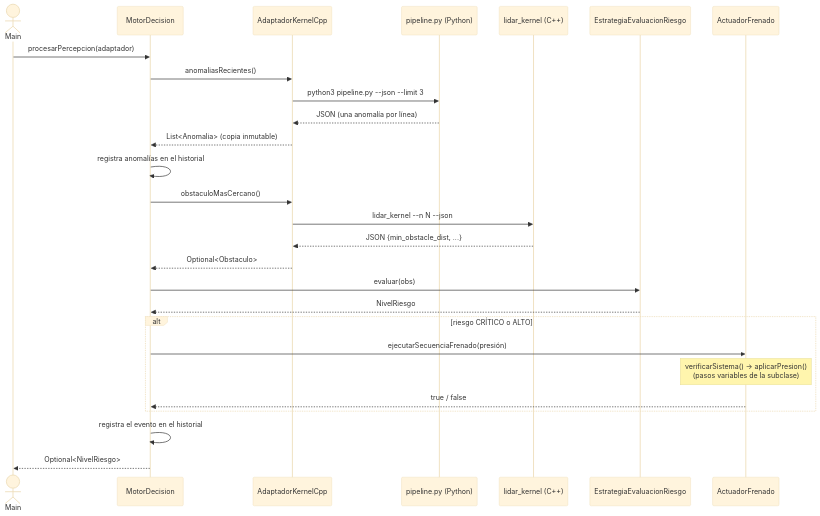
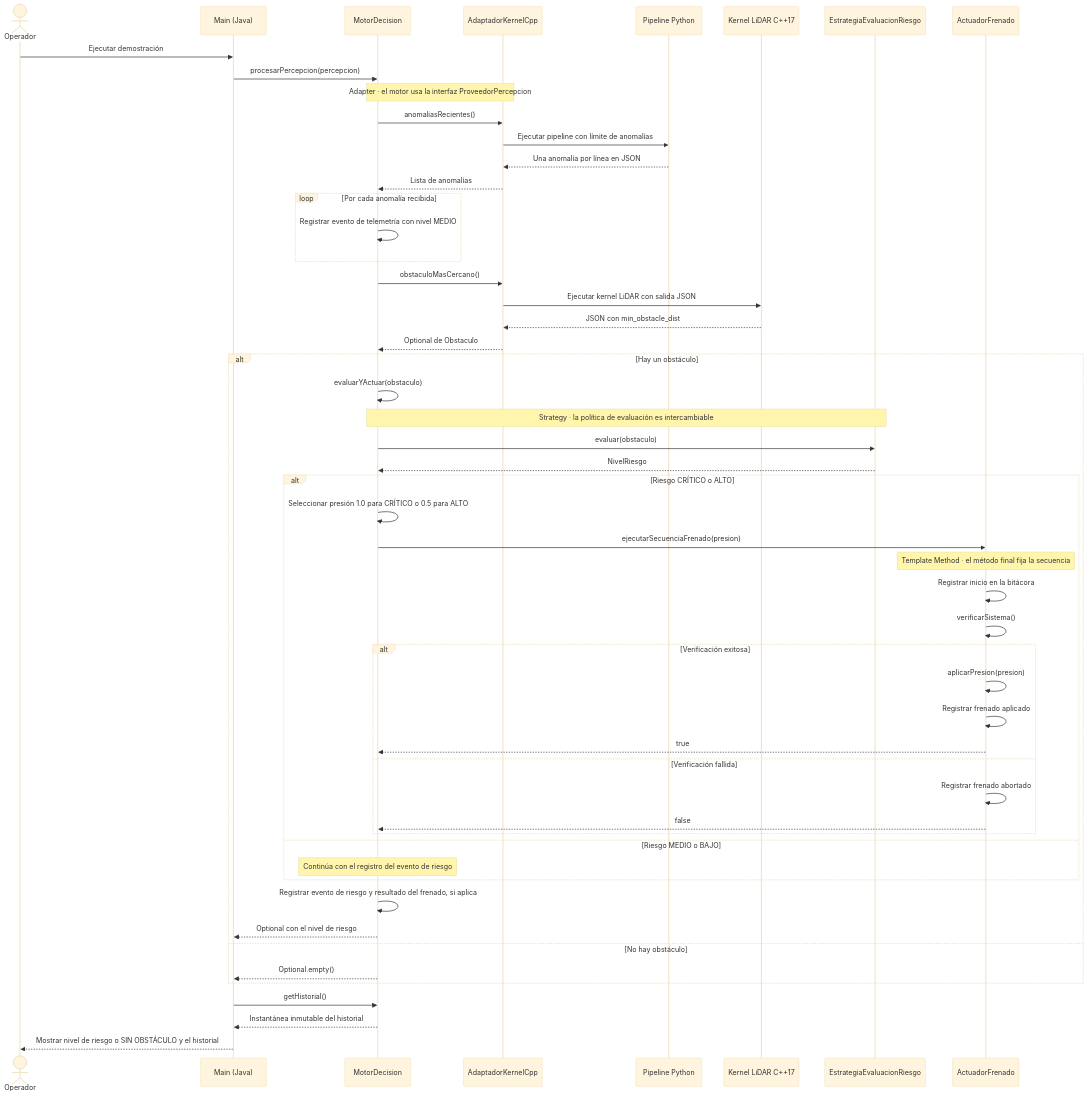
Before and after one commit to tomMore07/Grupo1_Vehiculos_Autonomos: the fourth of 4 diagrams in docs/02_arquitectura_uml.md, drawn with Mermaid (base theme). The commit also changed other lines of this file, not shown here.

````diff
--- a/docs/02_arquitectura_uml.md
+++ b/docs/02_arquitectura_uml.md
@@ -221,30 +223,63 @@
 ```mermaid
 sequenceDiagram
-    actor U as Main
+    actor O as Operador
+    participant J as Main (Java)
     participant M as MotorDecision
     participant A as AdaptadorKernelCpp
-    participant Py as pipeline.py (Python)
-    participant C as lidar_kernel (C++)
-    participant S as EstrategiaEvaluacionRiesgo
+    participant P as Pipeline Python
+    participant C as Kernel LiDAR C++17
+    participant R as EstrategiaEvaluacionRiesgo
     participant F as ActuadorFrenado
 
-    U->>M: procesarPercepcion(adaptador)
+    O->>J: Ejecutar demostración
+    J->>M: procesarPercepcion(percepcion)
+
+    Note over M,A: Adapter · el motor usa la interfaz ProveedorPercepcion
     M->>A: anomaliasRecientes()
-    A->>Py: python3 pipeline.py --json --limit 3
-    Py-->>A: JSON (una anomalía por línea)
-    A-->>M: List<Anomalia> (copia inmutable)
-    M->>M: registra anomalías en el historial
+    A->>P: Ejecutar pipeline con límite de anomalías
+    P-->>A: Una anomalía por línea en JSON
+    A-->>M: Lista de anomalías
+
+    loop Por cada anomalía recibida
+        M->>M: Registrar evento de telemetría con nivel MEDIO
+    end
+
     M->>A: obstaculoMasCercano()
-    A->>C: lidar_kernel --n N --json
-    C-->>A: JSON {min_obstacle_dist, ...}
-    A-->>M: Optional<Obstaculo>
-    M->>S: evaluar(obs)
-    S-->>M: NivelRiesgo
-    alt riesgo CRÍTICO o ALTO
-        M->>F: ejecutarSecuenciaFrenado(presión)
-        Note over F: verificarSistema() → aplicarPresion()<br/>(pasos variables de la subclase)
-        F-->>M: true / false
+    A->>C: Ejecutar kernel LiDAR con salida JSON
+    C-->>A: JSON con min_obstacle_dist
+    A-->>M: Optional de Obstaculo
+
+    alt Hay un obstáculo
+        M->>M: evaluarYActuar(obstaculo)
+        Note over M,R: Strategy · la política de evaluación es intercambiable
+        M->>R: evaluar(obstaculo)
+        R-->>M: NivelRiesgo
+
+        alt Riesgo CRÍTICO o ALTO
+            M->>M: Seleccionar presión 1.0 para CRÍTICO o 0.5 para ALTO
+            M->>F: ejecutarSecuenciaFrenado(presion)
+            Note over F: Template Method · el método final fija la secuencia
+            F->>F: Registrar inicio en la bitácora
+            F->>F: verificarSistema()
+            alt Verificación exitosa
+                F->>F: aplicarPresion(presion)
+                F->>F: Registrar frenado aplicado
+                F-->>M: true
+            else Verificación fallida
+                F->>F: Registrar frenado abortado
+                F-->>M: false
+            end
+        else Riesgo MEDIO o BAJO
+            Note over M: Continúa con el registro del evento de riesgo
+        end
+
+        M->>M: Registrar evento de riesgo y resultado del frenado, si aplica
+        M-->>J: Optional con el nivel de riesgo
+    else No hay obstáculo
+        M-->>J: Optional.empty()
     end
-    M->>M: registra el evento en el historial
-    M-->>U: Optional<NivelRiesgo>
+
+    J->>M: getHistorial()
+    M-->>J: Instantánea inmutable del historial
+    J-->>O: Mostrar nivel de riesgo o SIN OBSTÁCULO y el historial
 ```
````
